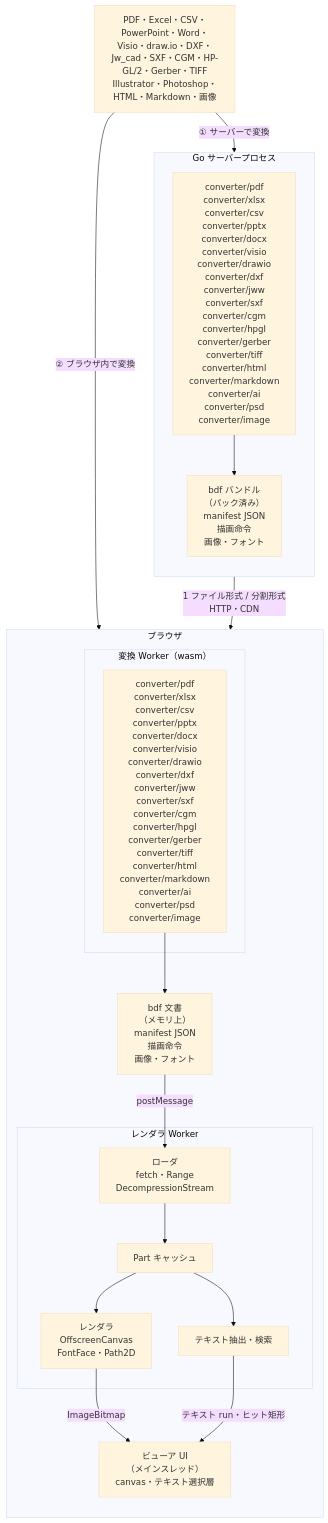
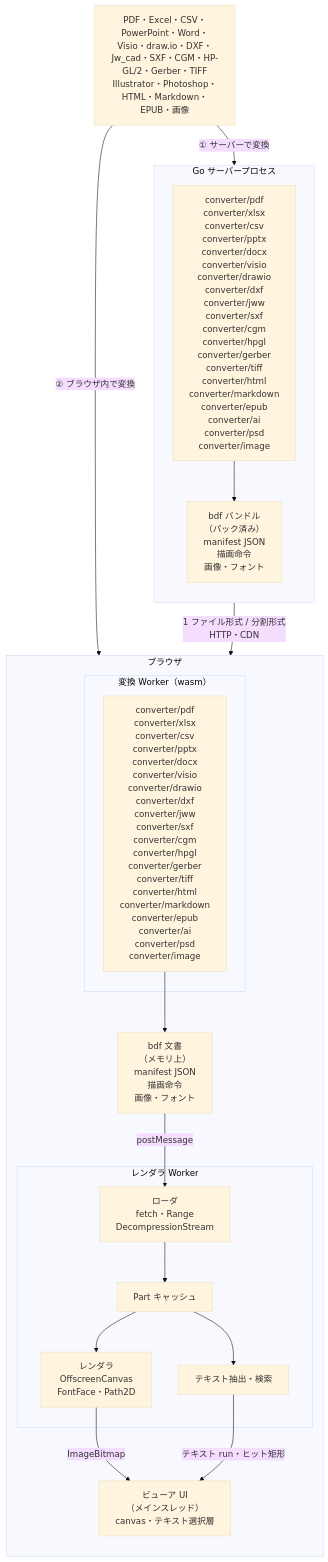
Before and after one commit to shibukawa/bdf: the diagram in README.ja.md, drawn with Mermaid (base theme). The commit also changed other lines of this file and 58 other files, not shown here.

First line of the commit message:
Add EPUB converter: book pages in reader mode, Japanese vertical text, fixed-layout books, SVG and formulas (#30)

````diff
--- a/README.ja.md
+++ b/README.ja.md
@@ -20,37 +20,37 @@
 ```mermaid
 flowchart TB
-    SRC["PDF・Excel・CSV・PowerPoint・Word・Visio・draw.io・DXF・Jw_cad・SXF・CGM・HP-GL/2・Gerber・TIFF<br/>Illustrator・Photoshop・HTML・Markdown・画像"]
+    SRC["PDF・Excel・CSV・PowerPoint・Word・Visio・draw.io・DXF・Jw_cad・SXF・CGM・HP-GL/2・Gerber・TIFF<br/>Illustrator・Photoshop・HTML・Markdown・EPUB・画像"]
 
     subgraph SERVER["Go サーバープロセス"]
         direction TB
-        SCONV["converter/pdf<br/>converter/xlsx<br/>converter/csv<br/>converter/pptx<br/>converter/docx<br/>converter/visio<br/>converter/drawio<br/>converter/dxf<br/>converter/jww<br/>converter/sxf<br/>converter/cgm<br/>converter/hpgl<br/>converter/gerber<br/>converter/tiff<br/>converter/html<br/>converter/markdown<br/>converter/ai<br/>converter/psd<br/>converter/image"]
+        SCONV["converter/pdf<br/>converter/xlsx<br/>converter/csv<br/>converter/pptx<br/>converter/docx<br/>converter/visio<br/>converter/drawio<br/>converter/dxf<br/>converter/jww<br/>converter/sxf<br/>converter/cgm<br/>converter/hpgl<br/>converter/gerber<br/>converter/tiff<br/>converter/html<br/>converter/markdown<br/>converter/epub<br/>converter/ai<br/>converter/psd<br/>converter/image"]
         BUNDLE["bdf バンドル<br/>（パック済み）<br/>manifest JSON<br/>描画命令<br/>画像・フォント"]
         SCONV --> BUNDLE
     end
 
     subgraph BROWSER["ブラウザ"]
         direction TB
         subgraph CWORKER["変換 Worker（wasm）"]
-            WCONV["converter/pdf<br/>converter/xlsx<br/>converter/csv<br/>converter/pptx<br/>converter/docx<br/>converter/visio<br/>converter/drawio<br/>converter/dxf<br/>converter/jww<br/>converter/sxf<br/>converter/cgm<br/>converter/hpgl<br/>converter/gerber<br/>converter/tiff<br/>converter/html<br/>converter/markdown<br/>converter/ai<br/>converter/psd<br/>converter/image"]
+            WCONV["converter/pdf<br/>converter/xlsx<br/>converter/csv<br/>converter/pptx<br/>converter/docx<br/>converter/visio<br/>converter/drawio<br/>converter/dxf<br/>converter/jww<br/>converter/sxf<br/>converter/cgm<br/>converter/hpgl<br/>converter/gerber<br/>converter/tiff<br/>converter/html<br/>converter/markdown<br/>converter/epub<br/>converter/ai<br/>converter/psd<br/>converter/image"]
         end
         PARTS["bdf 文書<br/>（メモリ上）<br/>manifest JSON<br/>描画命令<br/>画像・フォント"]
         subgraph RWORKER["レンダラ Worker"]
             LOADER["ローダ<br/>fetch・Range<br/>DecompressionStream"]
             STORE["Part キャッシュ"]
             RENDER["レンダラ<br/>OffscreenCanvas<br/>FontFace・Path2D"]
             TEXT["テキスト抽出・検索"]
             LOADER --> STORE
             STORE --> RENDER
             STORE --> TEXT
         end
         UI["ビューア UI<br/>（メインスレッド）<br/>canvas・テキスト選択層"]
         WCONV --> PARTS
     end
 
     SRC -- "① サーバーで変換" --> SCONV
     SRC -- "② ブラウザ内で変換" --> WCONV
     BUNDLE -- "1 ファイル形式 / 分割形式<br/>HTTP・CDN" --> LOADER
     PARTS -- "postMessage" --> LOADER
     RENDER -- "ImageBitmap" --> UI
     TEXT -- "テキスト run・ヒット矩形" --> UI
 ```
````
